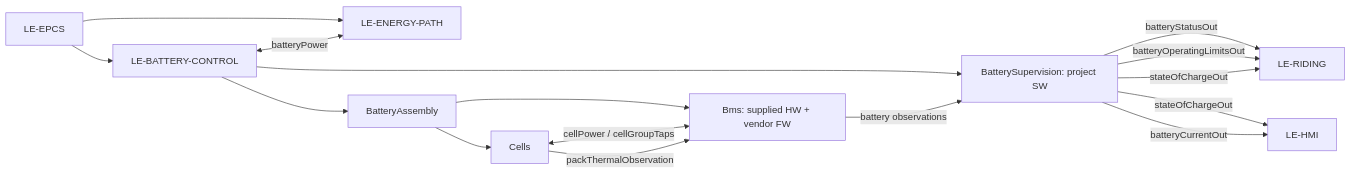
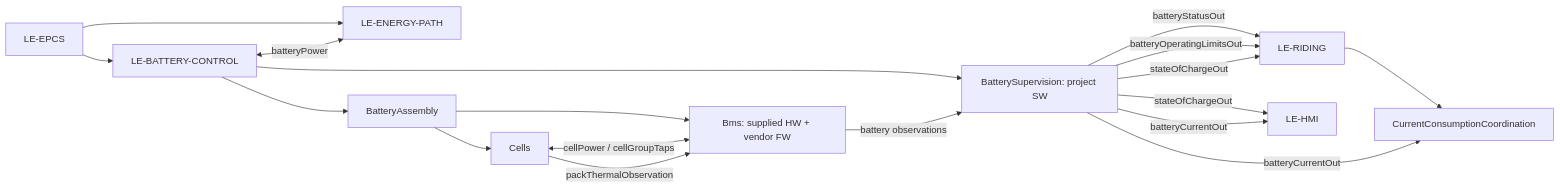
Before and after one commit to dhellhake/X2CityMCU: the first of 2 diagrams in .devenv/Architecture/SystemArchitecture/Modelling/BatteryControl/README.md, drawn with Mermaid. The commit also changed other lines of this file and 23 other files, not shown here.

Commit message:
Introduction of CurrentCoordination-Obligation

````diff
--- a/.devenv/Architecture/SystemArchitecture/Modelling/BatteryControl/README.md
+++ b/.devenv/Architecture/SystemArchitecture/Modelling/BatteryControl/README.md
@@ -7,18 +7,20 @@
 ```mermaid
 flowchart LR
   EPCS[LE-EPCS] --> BC[LE-BATTERY-CONTROL]
   EPCS --> EP[LE-ENERGY-PATH]
   BC --> PBA[BatteryAssembly]
   PBA --> Cells[Cells]
   PBA --> Bms[Bms: supplied HW + vendor FW]
   BC --> BS[BatterySupervision: project SW]
   Bms -->|battery observations| BS
   Cells <-->|cellPower / cellGroupTaps| Bms
   Cells -->|packThermalObservation| Bms
   BS -->|batteryStatusOut| RidingControl[LE-RIDING]
   BS -->|batteryOperatingLimitsOut| RidingControl
   BS -->|stateOfChargeOut| HMI[LE-HMI]
   BS -->|stateOfChargeOut| RidingControl
+  RidingControl --> RCC[CurrentConsumptionCoordination]
+  BS -->|batteryCurrentOut| RCC
   BS -->|batteryCurrentOut| HMI
   BC <-->|batteryPower| EP
 ```
````
